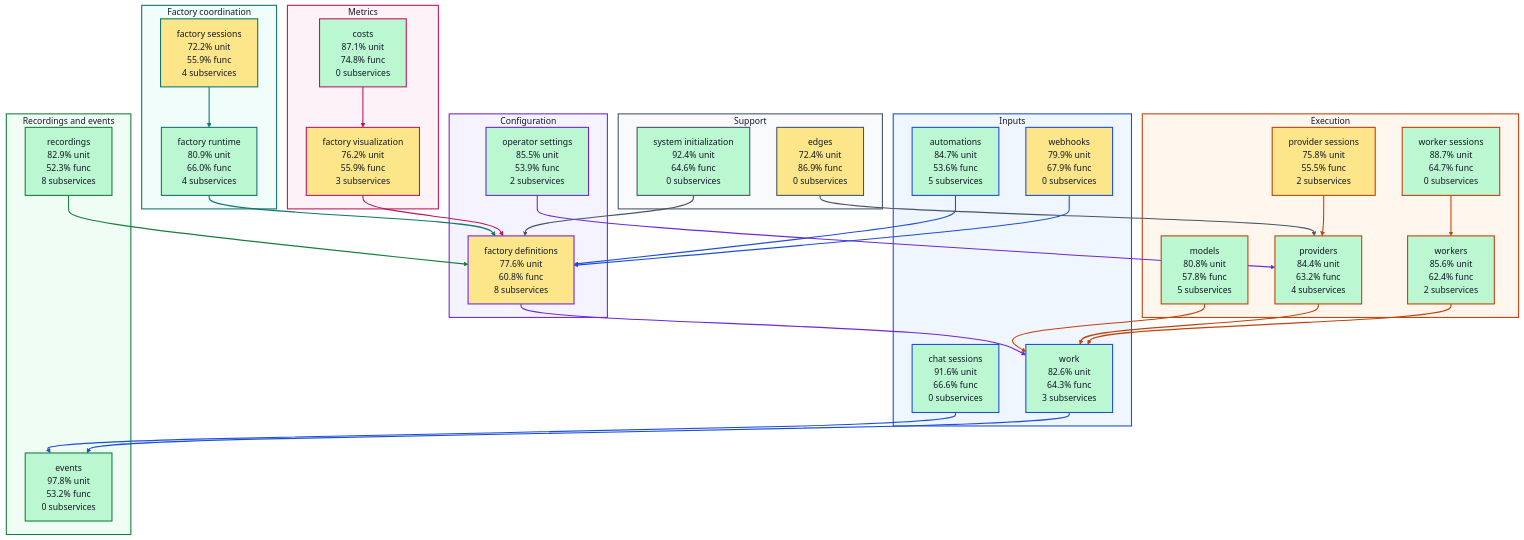
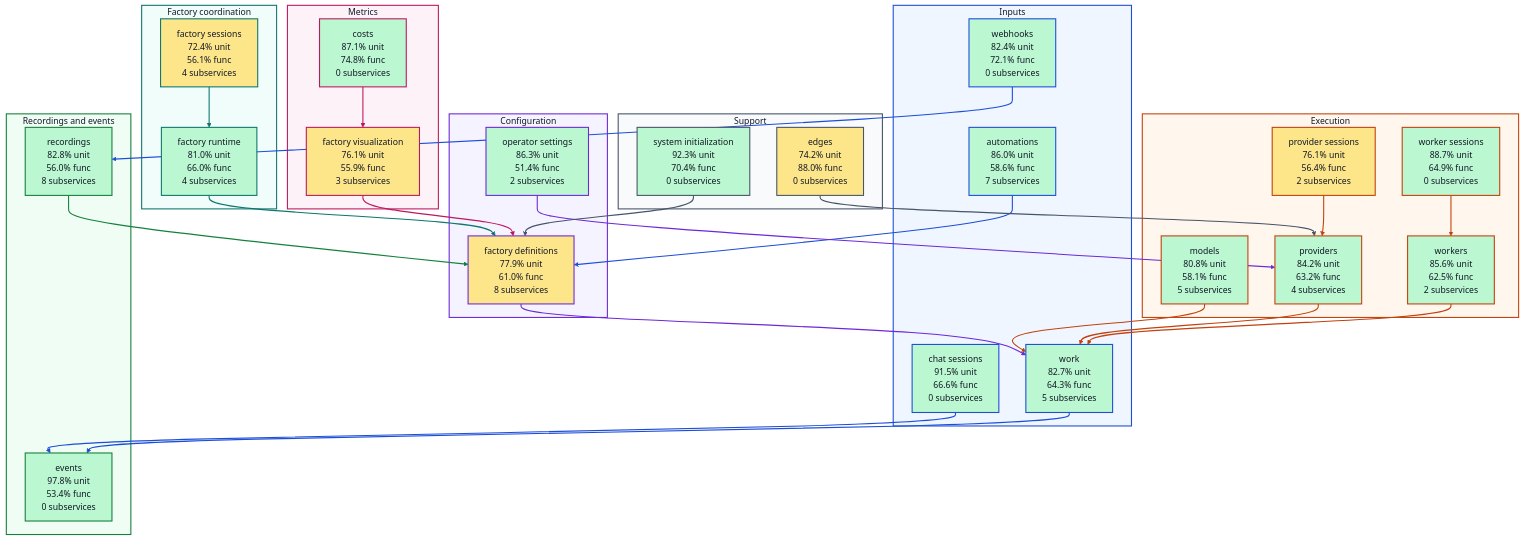
Before and after one commit to portpowered/you-agent-factory: the diagram in docs/architecture/visualizations/high-level-test-coverage.md, drawn with Mermaid. The commit also changed other lines of this file and 20 other files, not shown here.

Commit message:
docs: refresh backend architecture visualizations

````diff
--- a/docs/architecture/visualizations/high-level-test-coverage.md
+++ b/docs/architecture/visualizations/high-level-test-coverage.md
@@ -11,37 +11,37 @@
 ```mermaid
 flowchart TB
   subgraph input["Inputs"]
-    s_services_automations["automations<br/>84.7% unit<br/>53.6% func<br/>5 subservices"]
-    s_services_chat_sessions["chat sessions<br/>91.6% unit<br/>66.6% func<br/>0 subservices"]
-    s_services_webhooks["webhooks<br/>79.9% unit<br/>67.9% func<br/>0 subservices"]
-    s_services_work["work<br/>82.6% unit<br/>64.3% func<br/>3 subservices"]
+    s_services_automations["automations<br/>86.0% unit<br/>58.6% func<br/>7 subservices"]
+    s_services_chat_sessions["chat sessions<br/>91.5% unit<br/>66.6% func<br/>0 subservices"]
+    s_services_webhooks["webhooks<br/>82.4% unit<br/>72.1% func<br/>0 subservices"]
+    s_services_work["work<br/>82.7% unit<br/>64.3% func<br/>5 subservices"]
   end
   subgraph configuration["Configuration"]
-    s_services_factory_definitions["factory definitions<br/>77.6% unit<br/>60.8% func<br/>8 subservices"]
-    s_services_operator_settings["operator settings<br/>85.5% unit<br/>53.9% func<br/>2 subservices"]
+    s_services_factory_definitions["factory definitions<br/>77.9% unit<br/>61.0% func<br/>8 subservices"]
+    s_services_operator_settings["operator settings<br/>86.3% unit<br/>51.4% func<br/>2 subservices"]
   end
   subgraph coordination["Factory coordination"]
-    s_services_factory_runtime["factory runtime<br/>80.9% unit<br/>66.0% func<br/>4 subservices"]
-    s_services_factory_sessions["factory sessions<br/>72.2% unit<br/>55.9% func<br/>4 subservices"]
+    s_services_factory_runtime["factory runtime<br/>81.0% unit<br/>66.0% func<br/>4 subservices"]
+    s_services_factory_sessions["factory sessions<br/>72.4% unit<br/>56.1% func<br/>4 subservices"]
   end
   subgraph execution["Execution"]
-    s_services_models["models<br/>80.8% unit<br/>57.8% func<br/>5 subservices"]
-    s_services_provider_sessions["provider sessions<br/>75.8% unit<br/>55.5% func<br/>2 subservices"]
-    s_services_providers["providers<br/>84.4% unit<br/>63.2% func<br/>4 subservices"]
-    s_services_worker_sessions["worker sessions<br/>88.7% unit<br/>64.7% func<br/>0 subservices"]
-    s_services_workers["workers<br/>85.6% unit<br/>62.4% func<br/>2 subservices"]
+    s_services_models["models<br/>80.8% unit<br/>58.1% func<br/>5 subservices"]
+    s_services_provider_sessions["provider sessions<br/>76.1% unit<br/>56.4% func<br/>2 subservices"]
+    s_services_providers["providers<br/>84.2% unit<br/>63.2% func<br/>4 subservices"]
+    s_services_worker_sessions["worker sessions<br/>88.7% unit<br/>64.9% func<br/>0 subservices"]
+    s_services_workers["workers<br/>85.6% unit<br/>62.5% func<br/>2 subservices"]
   end
   subgraph recordings["Recordings and events"]
-    s_services_events["events<br/>97.8% unit<br/>53.2% func<br/>0 subservices"]
-    s_services_recordings["recordings<br/>82.9% unit<br/>52.3% func<br/>8 subservices"]
+    s_services_events["events<br/>97.8% unit<br/>53.4% func<br/>0 subservices"]
+    s_services_recordings["recordings<br/>82.8% unit<br/>56.0% func<br/>8 subservices"]
   end
   subgraph metrics["Metrics"]
     s_services_costs["costs<br/>87.1% unit<br/>74.8% func<br/>0 subservices"]
-    s_services_factory_visualization["factory visualization<br/>76.2% unit<br/>55.9% func<br/>3 subservices"]
+    s_services_factory_visualization["factory visualization<br/>76.1% unit<br/>55.9% func<br/>3 subservices"]
   end
   subgraph support["Support"]
-    s_services_edges["edges<br/>72.4% unit<br/>86.9% func<br/>0 subservices"]
-    s_services_system_initialization["system initialization<br/>92.4% unit<br/>64.6% func<br/>0 subservices"]
+    s_services_edges["edges<br/>74.2% unit<br/>88.0% func<br/>0 subservices"]
+    s_services_system_initialization["system initialization<br/>92.3% unit<br/>70.4% func<br/>0 subservices"]
   end
   s_services_automations --> s_services_factory_definitions
   s_services_chat_sessions --> s_services_events
@@ -57,7 +57,7 @@
   s_services_providers --> s_services_work
   s_services_recordings --> s_services_factory_definitions
   s_services_system_initialization --> s_services_factory_definitions
-  s_services_webhooks --> s_services_factory_definitions
+  s_services_webhooks --> s_services_recordings
   s_services_work --> s_services_events
   s_services_worker_sessions --> s_services_workers
   s_services_workers --> s_services_work
@@ -76,7 +76,7 @@
   style s_services_providers fill:#bbf7d0,stroke:#c2410c,stroke-width:2px,color:#111827
   style s_services_recordings fill:#bbf7d0,stroke:#15803d,stroke-width:2px,color:#111827
   style s_services_system_initialization fill:#bbf7d0,stroke:#475569,stroke-width:2px,color:#111827
-  style s_services_webhooks fill:#fde68a,stroke:#1d4ed8,stroke-width:2px,color:#111827
+  style s_services_webhooks fill:#bbf7d0,stroke:#1d4ed8,stroke-width:2px,color:#111827
   style s_services_work fill:#bbf7d0,stroke:#1d4ed8,stroke-width:2px,color:#111827
   style s_services_worker_sessions fill:#bbf7d0,stroke:#c2410c,stroke-width:2px,color:#111827
   style s_services_workers fill:#bbf7d0,stroke:#c2410c,stroke-width:2px,color:#111827
````
